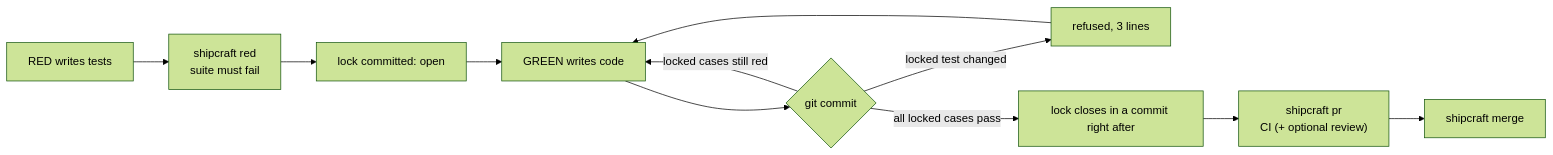
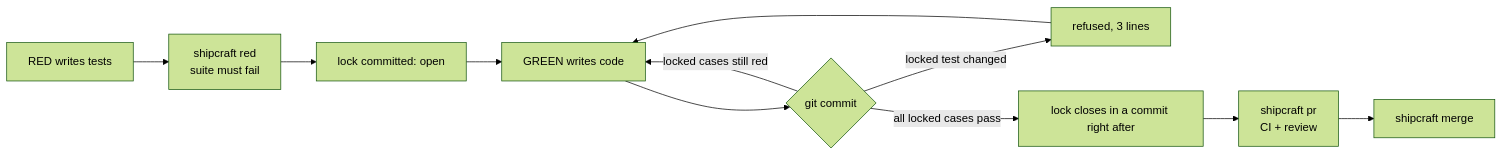
The diagram in README.md (victorassisalves/shipcraft), drawn with Mermaid (forest theme) before and after one commit. The commit also changed other lines of this file and 7 other files, not shown here.

````diff
--- a/README.md
+++ b/README.md
@@ -29,13 +29,13 @@
 ```mermaid
 flowchart LR
     A[RED writes tests] --> B["shipcraft red<br/>suite must fail"]
     B --> C[lock committed: open]
     C --> D[GREEN writes code]
     D --> E{git commit}
     E -- locked test changed --> F[refused, 3 lines]
     F --> D
     E -- locked cases still red --> D
     E -- all locked cases pass --> G[lock closes in a commit right after]
-    G --> H["shipcraft pr<br/>CI (+ optional review)"]
+    G --> H["shipcraft pr<br/>CI + review"]
     H --> I["shipcraft merge"]
 ```
````
